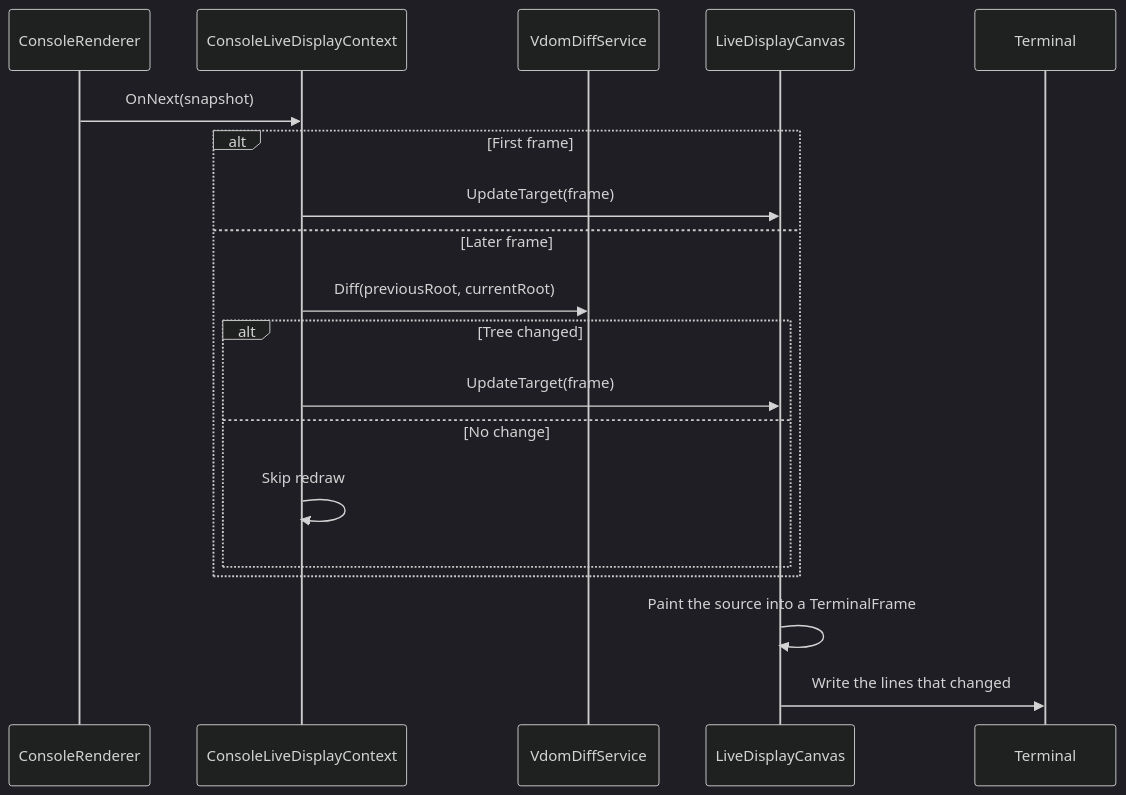
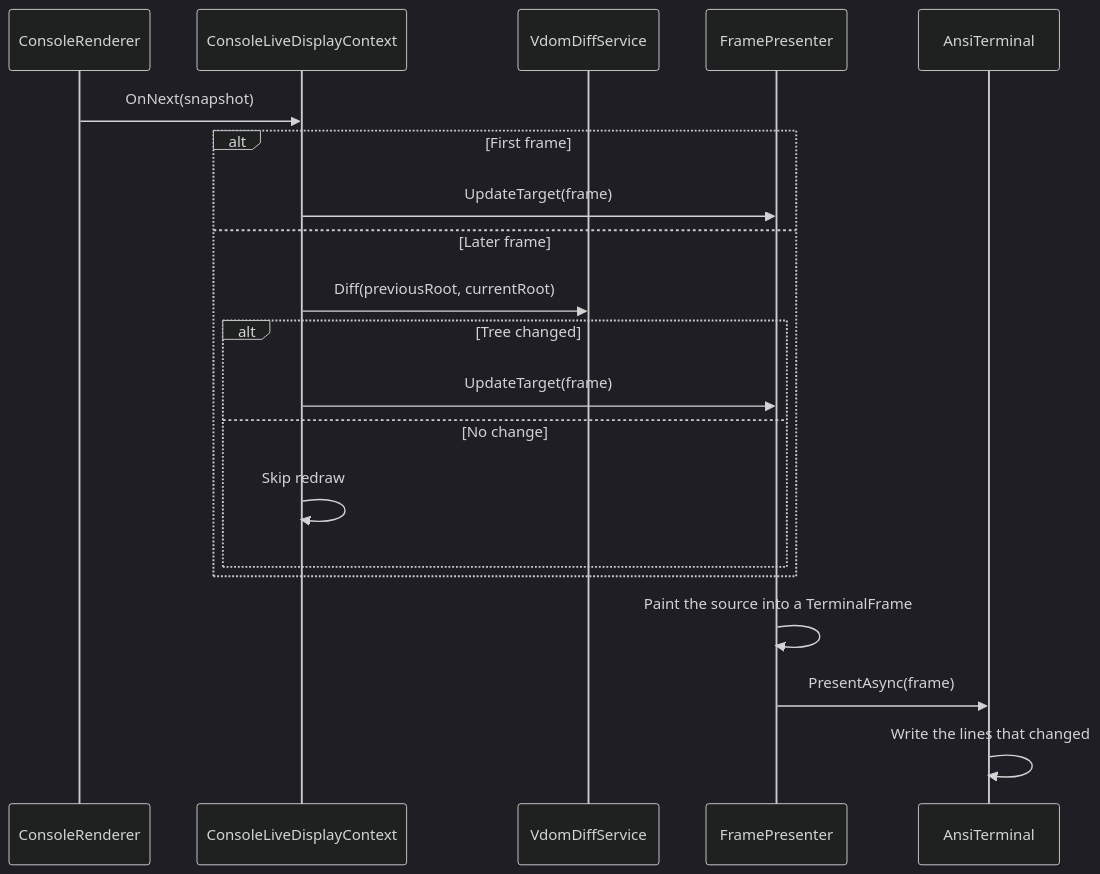
Before and after one commit to RazorConsole/RazorConsole: the fifth of 6 diagrams in design-doc/rendering-process.md, drawn with Mermaid (dark theme). The commit also changed other lines of this file and 10 other files, not shown here.

First line of the commit message:
Present frames through an ITerminal backend and split out AnsiTerminal

````diff
--- a/design-doc/rendering-process.md
+++ b/design-doc/rendering-process.md
@@ -170,22 +170,23 @@
 ```mermaid
 sequenceDiagram
     participant Renderer as ConsoleRenderer
     participant LiveDisplay as ConsoleLiveDisplayContext
     participant DiffService as VdomDiffService
-    participant Canvas as LiveDisplayCanvas
-    participant Terminal as Terminal
+    participant Presenter as FramePresenter
+    participant Terminal as AnsiTerminal
 
     Renderer->>LiveDisplay: OnNext(snapshot)
     alt First frame
-        LiveDisplay->>Canvas: UpdateTarget(frame)
+        LiveDisplay->>Presenter: UpdateTarget(frame)
     else Later frame
         LiveDisplay->>DiffService: Diff(previousRoot, currentRoot)
         alt Tree changed
-            LiveDisplay->>Canvas: UpdateTarget(frame)
+            LiveDisplay->>Presenter: UpdateTarget(frame)
         else No change
             LiveDisplay->>LiveDisplay: Skip redraw
         end
     end
-    Canvas->>Canvas: Paint the source into a TerminalFrame
-    Canvas->>Terminal: Write the lines that changed
+    Presenter->>Presenter: Paint the source into a TerminalFrame
+    Presenter->>Terminal: PresentAsync(frame)
+    Terminal->>Terminal: Write the lines that changed
 ```
````
